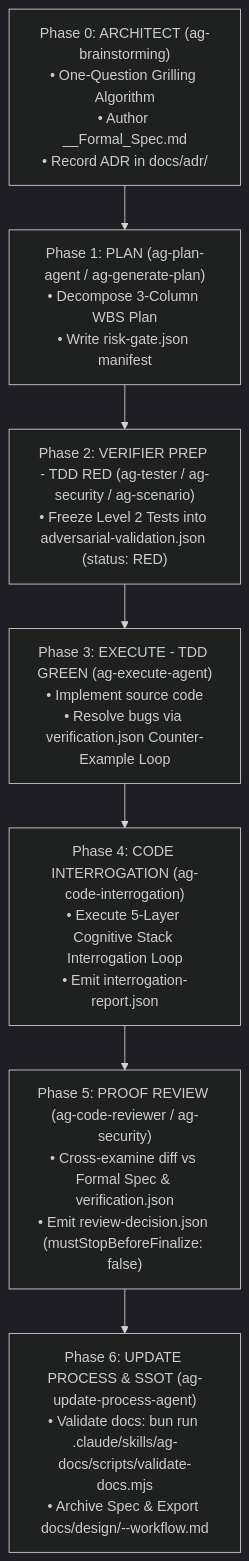
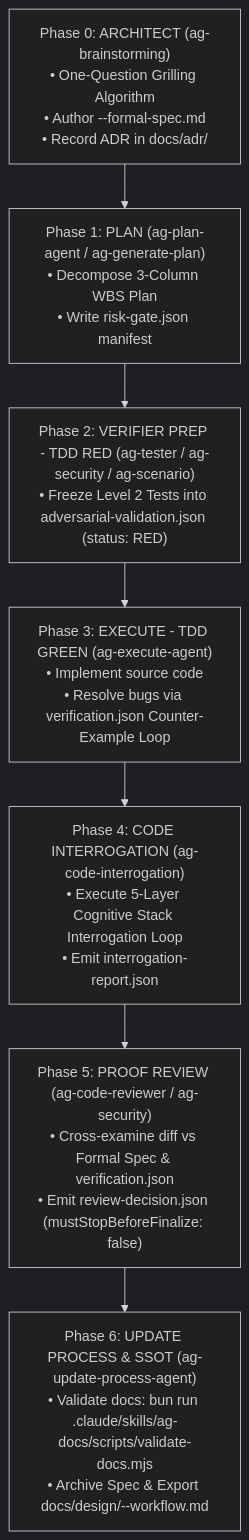
One commit to ngxccc/agent-skills-kit changed the diagram in process/development-protocols/references/architect-verifier-master-workflow-guide.md. Above: the diagram before and after it, drawn with Mermaid (dark theme). The commit also changed other lines of this file and 4 other files, not shown here.

````diff
--- a/process/development-protocols/references/architect-verifier-master-workflow-guide.md
+++ b/process/development-protocols/references/architect-verifier-master-workflow-guide.md
@@ -22,9 +22,9 @@
 ```mermaid
 flowchart TD
-    Phase0["Phase 0: ARCHITECT (ag-brainstorming)\n• One-Question Grilling Algorithm\n• Author <Feature>_<Topic>_Formal_Spec.md\n• Record ADR in docs/adr/"] --> Phase1["Phase 1: PLAN (ag-plan-agent / ag-generate-plan)\n• Decompose 3-Column WBS Plan\n• Write risk-gate.json manifest"]
+    Phase0["Phase 0: ARCHITECT (ag-brainstorming)\n• One-Question Grilling Algorithm\n• Author <feature-slug>-<topic-slug>-formal-spec.md\n• Record ADR in docs/adr/"] --> Phase1["Phase 1: PLAN (ag-plan-agent / ag-generate-plan)\n• Decompose 3-Column WBS Plan\n• Write risk-gate.json manifest"]
     Phase1 --> Phase2["Phase 2: VERIFIER PREP - TDD RED (ag-tester / ag-security / ag-scenario)\n• Freeze Level 2 Tests into adversarial-validation.json (status: RED)"]
     Phase2 --> Phase3["Phase 3: EXECUTE - TDD GREEN (ag-execute-agent)\n• Implement source code\n• Resolve bugs via verification.json Counter-Example Loop"]
     Phase3 --> Phase4["Phase 4: CODE INTERROGATION (ag-code-interrogation)\n• Execute 5-Layer Cognitive Stack Interrogation Loop\n• Emit interrogation-report.json"]
     Phase4 --> Phase5["Phase 5: PROOF REVIEW (ag-code-reviewer / ag-security)\n• Cross-examine diff vs Formal Spec & verification.json\n• Emit review-decision.json (mustStopBeforeFinalize: false)"]
     Phase5 --> Phase6["Phase 6: UPDATE PROCESS & SSOT (ag-update-process-agent)\n• Validate docs: bun run .claude/skills/ag-docs/scripts/validate-docs.mjs\n• Archive Spec & Export docs/design/<feature-slug>-<topic-slug>-workflow.md"]
 ```
````
